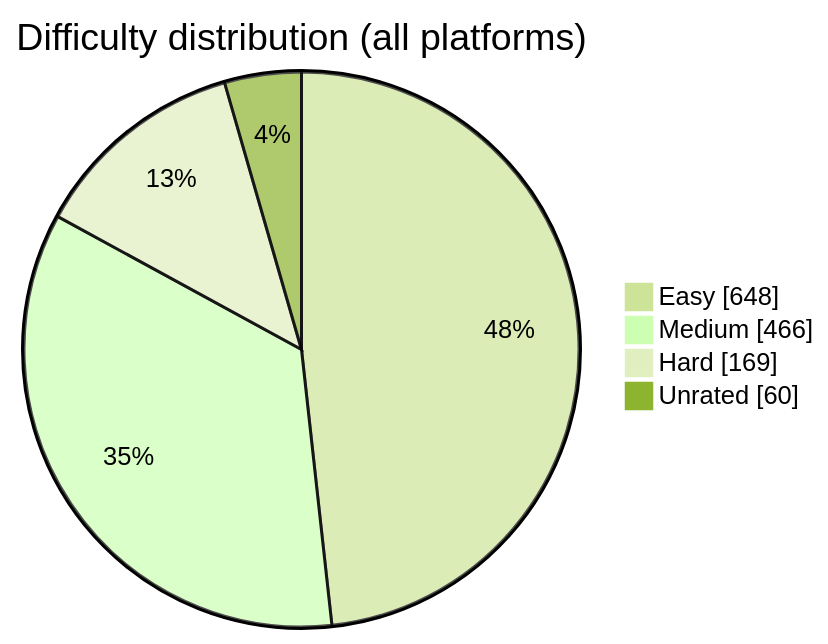
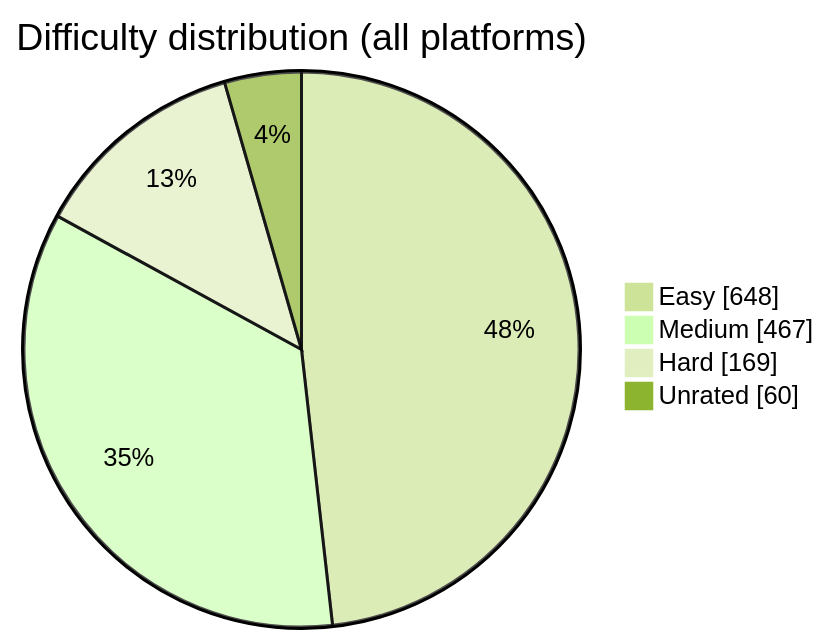
One commit to BuildbyArindam/Daily-Coding-Log changed the diagram in README.md. Above: the diagram before and after it, drawn with Mermaid (forest theme). The commit also changed other lines of this file, not shown here.

````diff
--- a/README.md
+++ b/README.md
@@ -93,7 +93,7 @@
 ```mermaid
 pie showData title Difficulty distribution (all platforms)
     "Easy" : 648
-    "Medium" : 466
+    "Medium" : 467
     "Hard" : 169
     "Unrated" : 60
 ```
````
